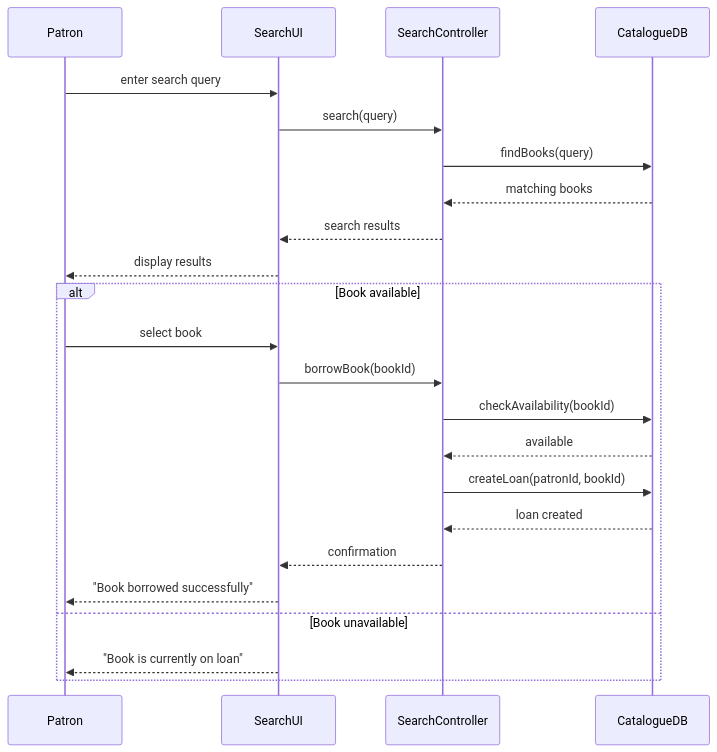
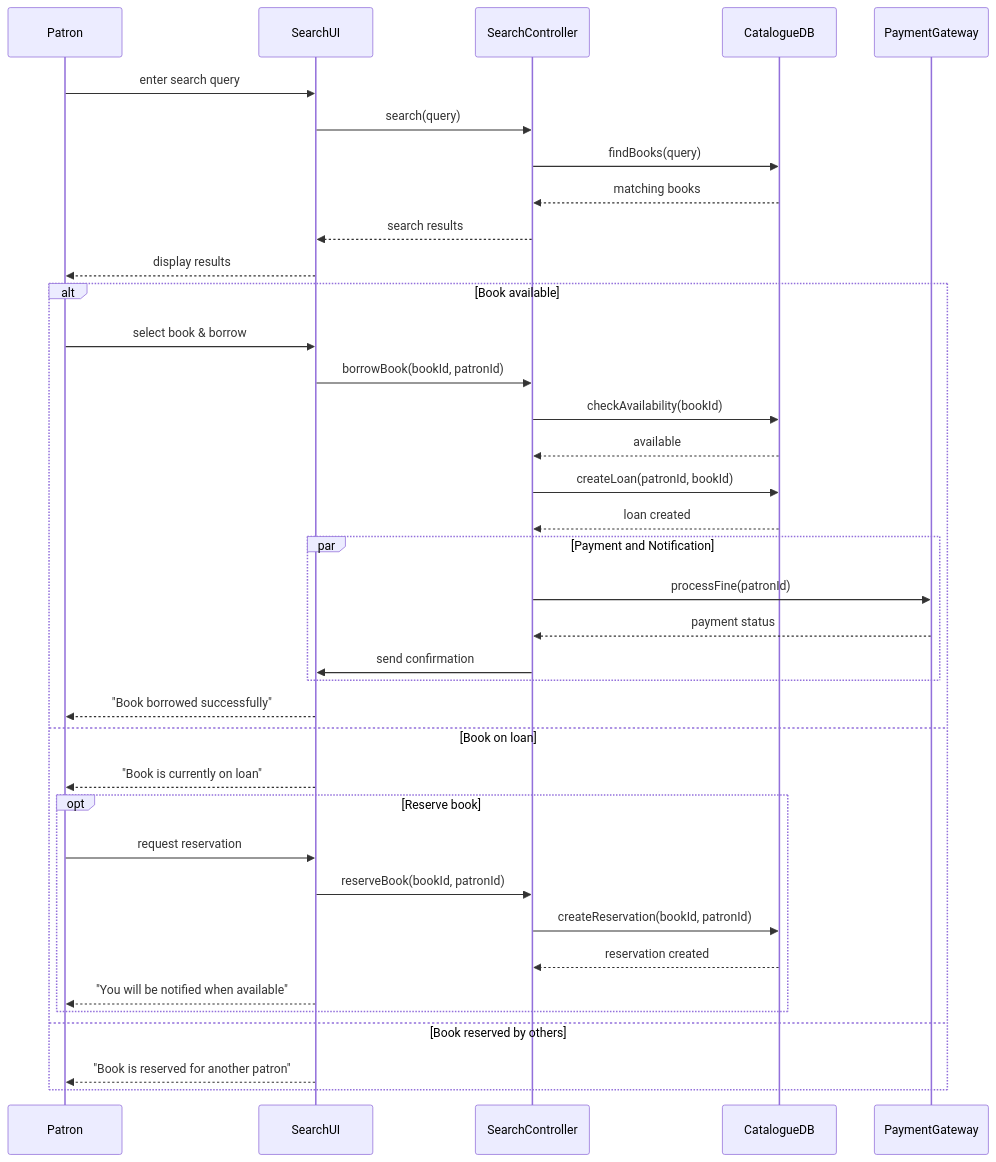
Before and after one commit to Raushan666java/ai-engineering-journey: the fourth of 10 diagrams in docs/courses/software-engineering/03-system-modeling.md, drawn with Mermaid. The commit also changed other lines of this file and 15 other files, not shown here.

Commit message:
deploy: software-engineering overhaul - 16 chapters expanded to avg 1284L (+7649L), richer Mermaid, more TS, deeper content

````diff
--- a/docs/courses/software-engineering/03-system-modeling.md
+++ b/docs/courses/software-engineering/03-system-modeling.md
@@ -162,27 +215,45 @@
 ```mermaid
 sequenceDiagram
     participant P as Patron
     participant UI as SearchUI
     participant Ctrl as SearchController
     participant DB as CatalogueDB
+    participant PAY as PaymentGateway
     
     P->>UI: enter search query
     UI->>Ctrl: search(query)
     Ctrl->>DB: findBooks(query)
     DB-->>Ctrl: matching books
     Ctrl-->>UI: search results
     UI-->>P: display results
     
     alt Book available
-        P->>UI: select book
-        UI->>Ctrl: borrowBook(bookId)
+        P->>UI: select book & borrow
+        UI->>Ctrl: borrowBook(bookId, patronId)
         Ctrl->>DB: checkAvailability(bookId)
         DB-->>Ctrl: available
         Ctrl->>DB: createLoan(patronId, bookId)
         DB-->>Ctrl: loan created
-        Ctrl-->>UI: confirmation
+        
+        par Payment and Notification
+            Ctrl->>PAY: processFine(patronId)
+            PAY-->>Ctrl: payment status
+            Ctrl->>UI: send confirmation
+        end
+        
         UI-->>P: "Book borrowed successfully"
-    else Book unavailable
+        
+    else Book on loan
         UI-->>P: "Book is currently on loan"
+        opt Reserve book
+            P->>UI: request reservation
+            UI->>Ctrl: reserveBook(bookId, patronId)
+            Ctrl->>DB: createReservation(bookId, patronId)
+            DB-->>Ctrl: reservation created
+            UI-->>P: "You will be notified when available"
+        end
+        
+    else Book reserved by others
+        UI-->>P: "Book is reserved for another patron"
     end
 ```
````
